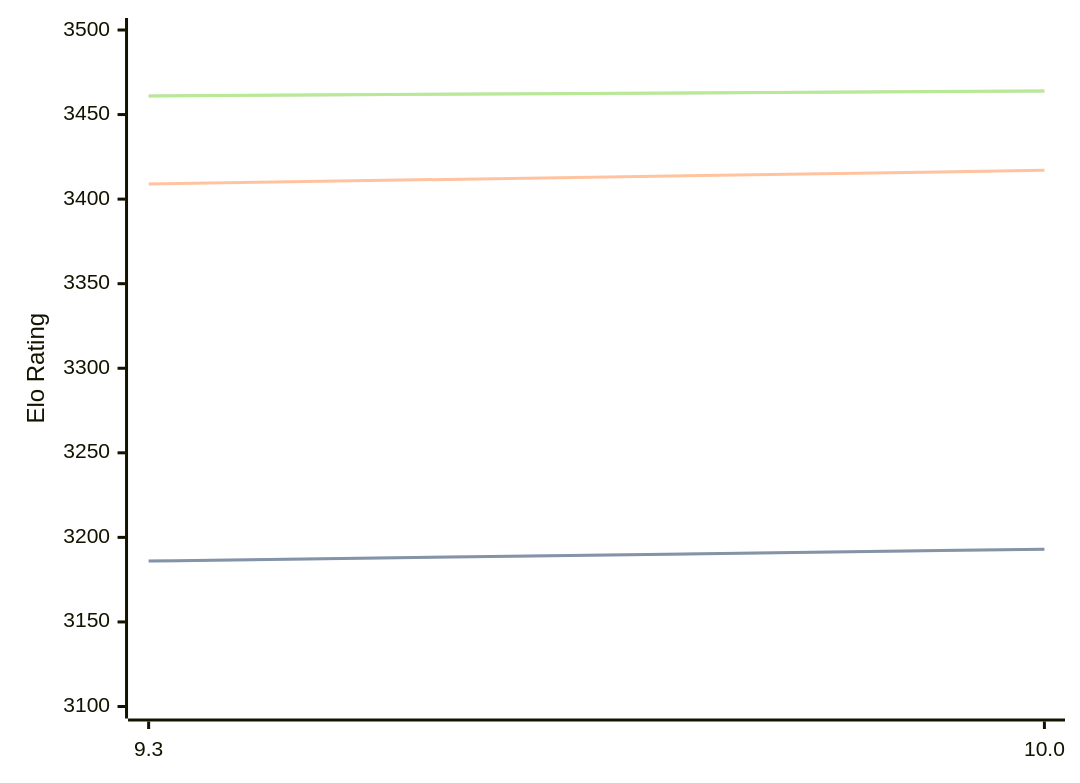
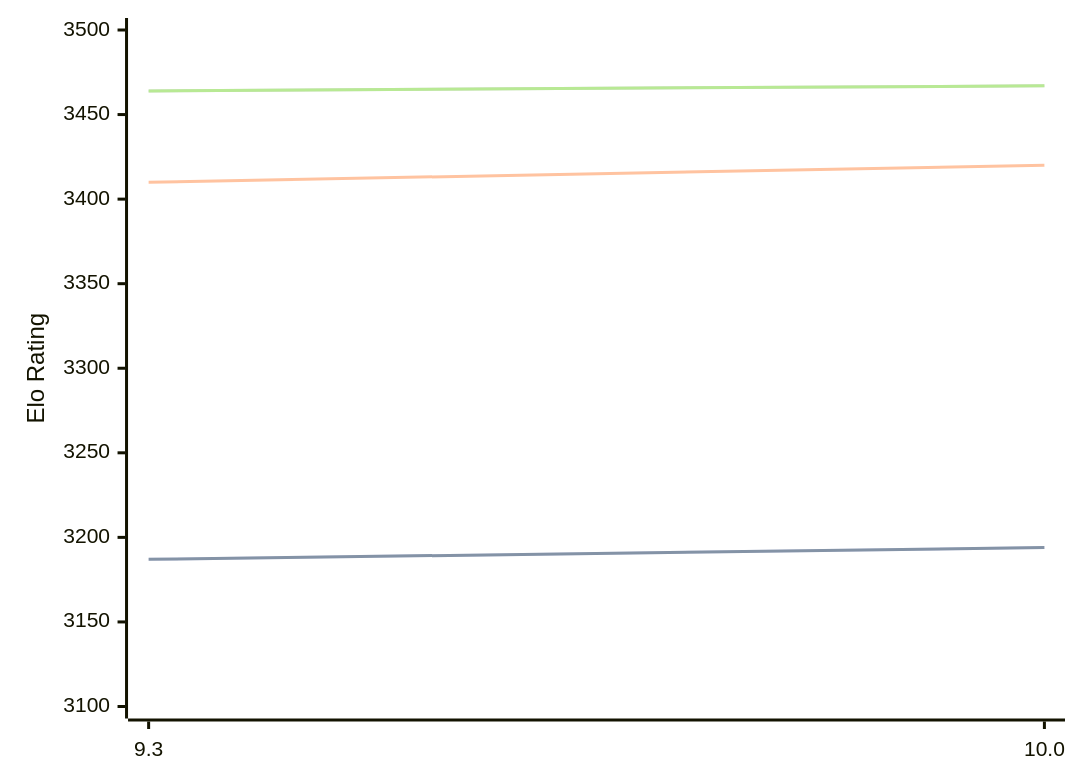
Before and after one commit to computer-chess-index/cci: the diagram in engines/Fire.md, drawn with Mermaid. The commit also changed other lines of this file, not shown here.

Commit message:
Update CCI Ratings (ELO VLTC) - 2026-02-20

````diff
--- a/engines/Fire.md
+++ b/engines/Fire.md
@@ -44,11 +44,11 @@
 ```mermaid
 %%{init: {"theme":"base","themeVariables":{"seriesColors:['#a3a3a3','#222221','#faa371']}}}%%
 xychart-beta
   x-axis ["9.3", "10.0"]
   y-axis "Elo Rating" 3100 --> 3500
-  line "STC (8.0+0.08s)" [3186, 3193]
-  line "STC (8.0+0.08s)" [3186, 3193]
-  line "LTC (60.0+0.60s)" [3409, 3417]
-  line "VLTC (2m24s+1.12s)" [3461, 3464]
-  line "VLTC (2m24s+1.12s)" [3461, 3464]
+  line "STC (8.0+0.08s)" [3187, 3194]
+  line "STC (8.0+0.08s)" [3187, 3194]
+  line "LTC (60.0+0.60s)" [3410, 3420]
+  line "VLTC (2m24s+1.12s)" [3464, 3467]
+  line "VLTC (2m24s+1.12s)" [3464, 3467]
 ```
````
